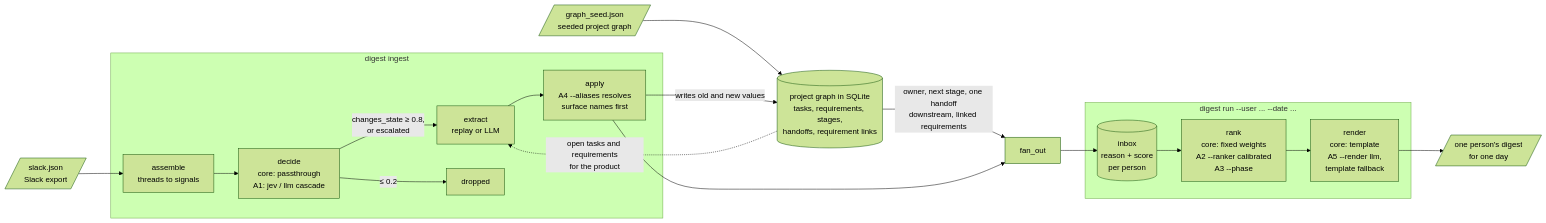
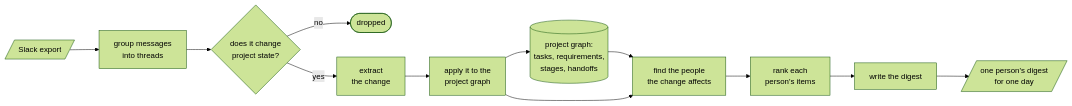
Before and after one commit to AMOORCHING/evercurrent-takehome: the diagram in README.md, drawn with Mermaid (forest theme). The commit also changed other lines of this file and 2 other files, not shown here.

Commit message:
Plainer docs: shorter prose, direct headings, simpler diagram

````diff
--- a/README.md
+++ b/README.md
@@ -14,23 +14,14 @@
 ```mermaid
 flowchart LR
-    slack[/"slack.json<br>Slack export"/] --> assemble
-    seed[/"graph_seed.json<br>seeded project graph"/] --> pgraph
-
-    subgraph ingest ["digest ingest"]
-        assemble["assemble<br>threads to signals"] --> decide["decide<br>core: passthrough<br>A1: jev / llm cascade"]
-        decide -->|"changes_state &ge; 0.8,<br>or escalated"| extract["extract<br>replay or LLM"]
-        decide -->|"&le; 0.2"| dropped["dropped"]
-        extract --> apply["apply<br>A4 --aliases resolves<br>surface names first"]
-    end
-
-    apply -->|"writes old and new values"| pgraph[("project graph in SQLite<br>tasks, requirements, stages,<br>handoffs, requirement links")]
-    pgraph -.->|"open tasks and requirements<br>for the product"| extract
-    pgraph -->|"owner, next stage, one handoff<br>downstream, linked requirements"| fanout
-    apply --> fanout["fan_out"] --> inbox[("inbox<br>reason + score<br>per person")]
-
-    subgraph run ["digest run --user ... --date ..."]
-        inbox --> rank["rank<br>core: fixed weights<br>A2 --ranker calibrated<br>A3 --phase"]
-        rank --> render["render<br>core: template<br>A5 --render llm,<br>template fallback"]
-    end
+    slack[/"Slack export"/] --> assemble["group messages<br>into threads"]
+    assemble --> decide{"does it change<br>project state?"}
+    decide -- no --> dropped(["dropped"])
+    decide -- yes --> extract["extract<br>the change"]
+    extract --> apply["apply it to the<br>project graph"]
+    apply --> graphdb[("project graph:<br>tasks, requirements,<br>stages, handoffs")]
+    graphdb --> fanout
+    apply --> fanout["find the people<br>the change affects"]
+    fanout --> rank["rank each<br>person's items"]
+    rank --> render["write the digest"]
     render --> out[/"one person's digest<br>for one day"/]
 ```
````
